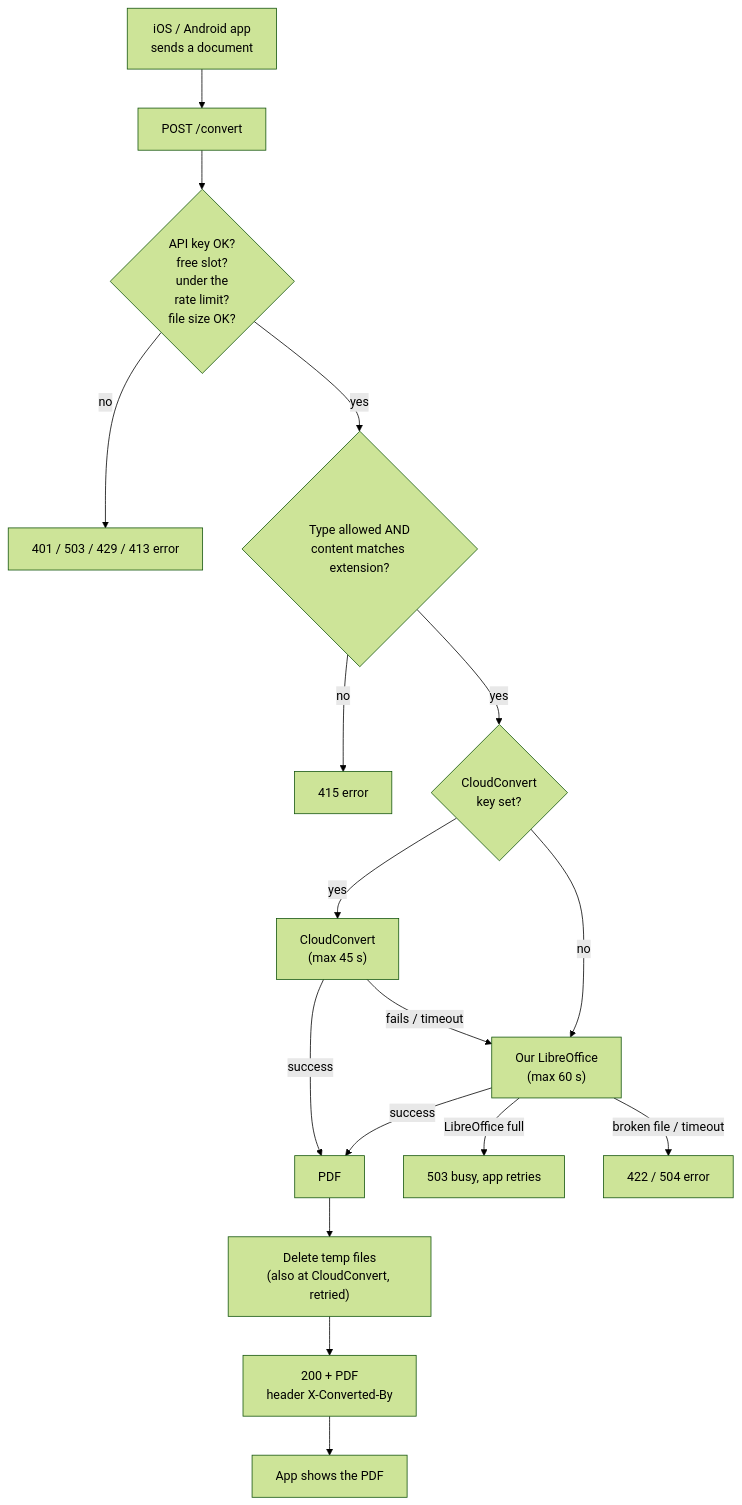
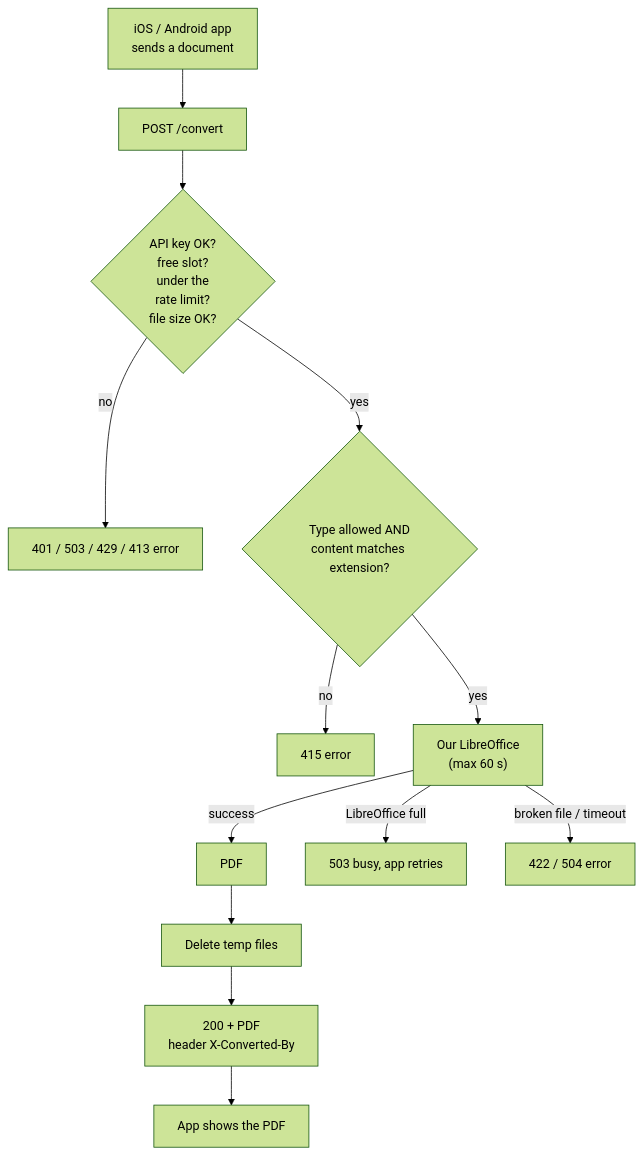
The first of 3 diagrams in docs/ARCHITECTURE.md (Tisobyn/LibraPDF-Converter), drawn with Mermaid (forest theme) before and after one commit. The commit also changed other lines of this file and 23 other files, not shown here.

First line of the commit message:
Remove CloudConvert, convert with LibreOffice only

````diff
--- a/docs/ARCHITECTURE.md
+++ b/docs/ARCHITECTURE.md
@@ -8,19 +8,15 @@
 ```mermaid
 flowchart TD
     A["iOS / Android app<br/>sends a document"] --> B["POST /convert"]
     B --> C{"API key OK?<br/>free slot?<br/>under the<br/>rate limit?<br/>file size OK?"}
     C -- no --> E1["401 / 503 / 429 / 413 error"]
     C -- yes --> D{"Type allowed AND<br/>content matches extension?"}
     D -- no --> E2["415 error"]
-    D -- yes --> F{"CloudConvert<br/>key set?"}
-    F -- yes --> G["CloudConvert<br/>(max 45 s)"]
-    G -- success --> H["PDF"]
-    G -- "fails / timeout" --> I
-    F -- no --> I["Our LibreOffice<br/>(max 60 s)"]
-    I -- success --> H
+    D -- yes --> I["Our LibreOffice<br/>(max 60 s)"]
+    I -- success --> H["PDF"]
     I -- "LibreOffice full" --> E3["503 busy, app retries"]
     I -- "broken file / timeout" --> E4["422 / 504 error"]
-    H --> J["Delete temp files<br/>(also at CloudConvert, retried)"]
+    H --> J["Delete temp files"]
     J --> K["200 + PDF<br/>header X-Converted-By"]
     K --> L["App shows the PDF"]
 ```
````
